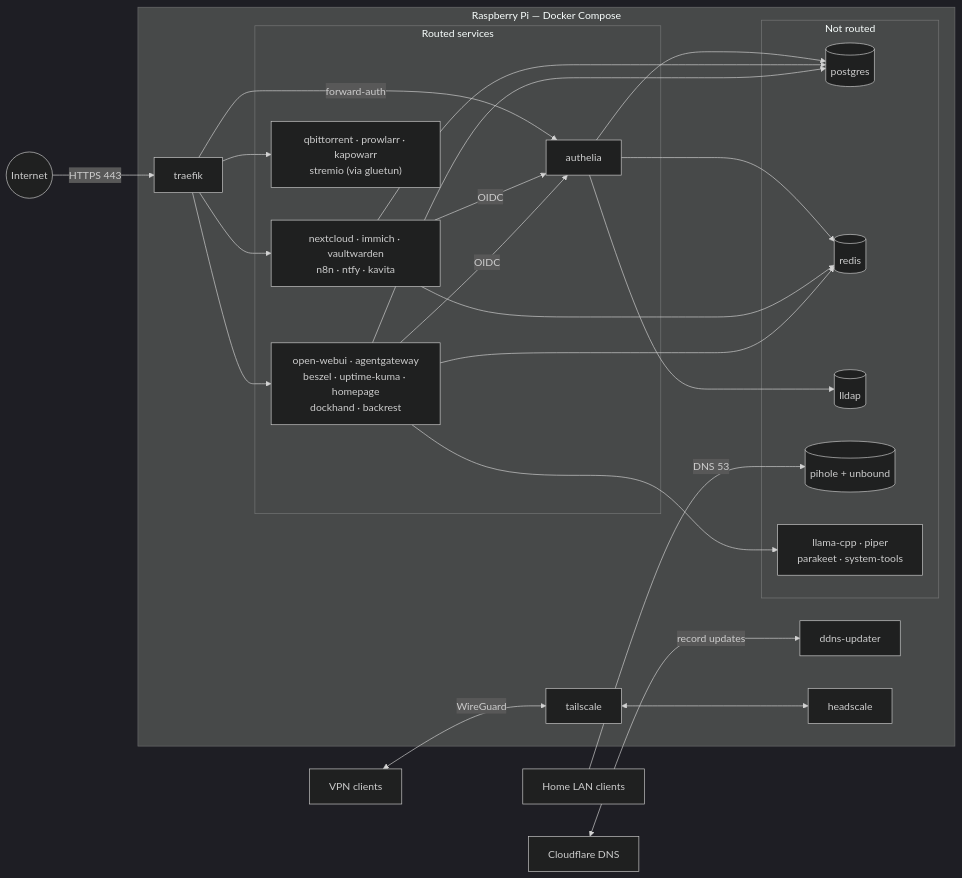
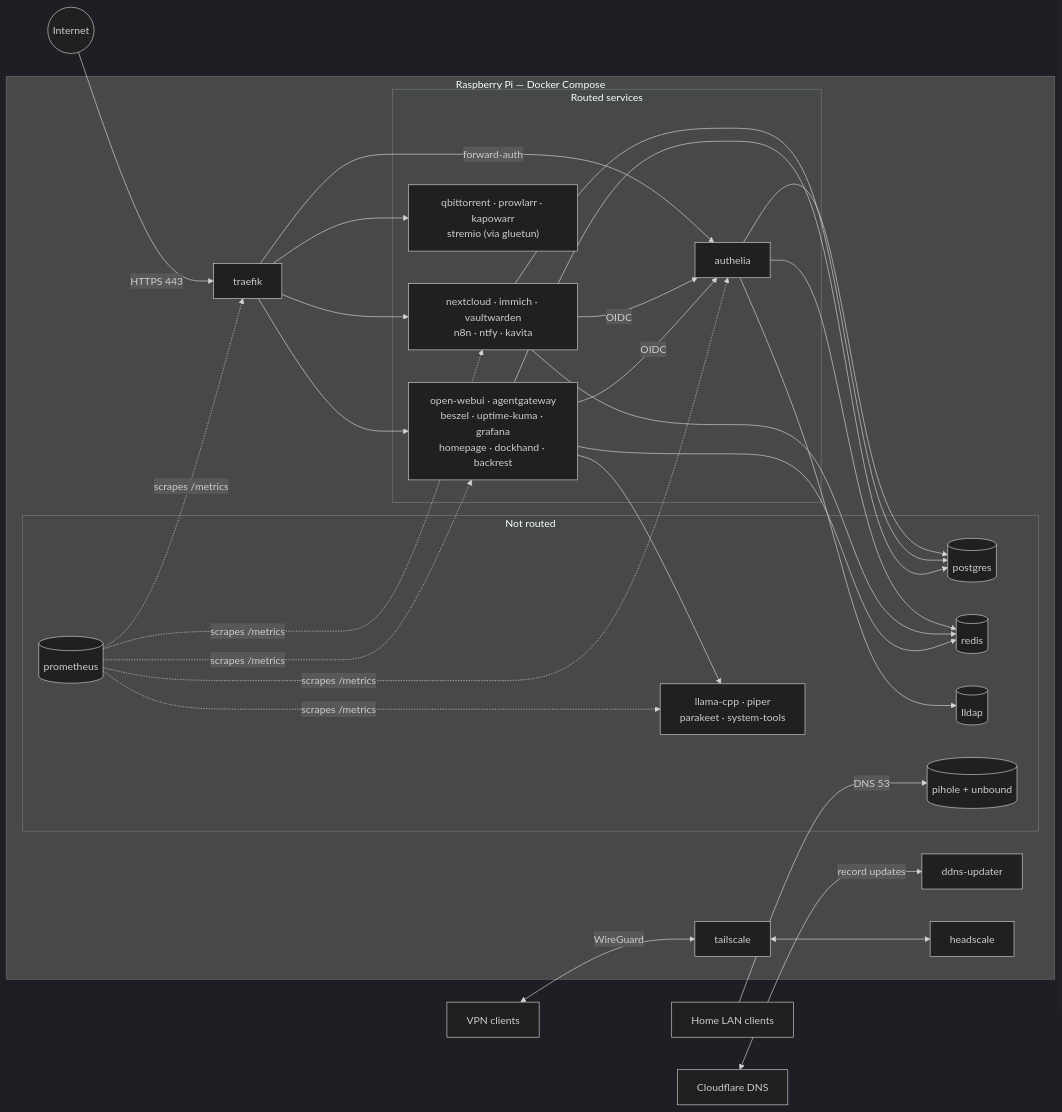
The first of 2 diagrams in docs/ARCHITECTURE.md (florianajir/pi-pcloud), drawn with Mermaid (dark theme) before and after one commit. The commit also changed other lines of this file and 18 other files, not shown here.

First line of the commit message:
feat(monitoring): add Prometheus and Grafana (#341)

````diff
--- a/docs/ARCHITECTURE.md
+++ b/docs/ARCHITECTURE.md
@@ -7,41 +7,43 @@
 ```mermaid
 flowchart LR
   Internet((Internet))
   Cloudflare[Cloudflare DNS]
   LAN[Home LAN clients]
   VPN[VPN clients]
 
   subgraph Pi["Raspberry Pi — Docker Compose"]
     DDNS[ddns-updater]
     Traefik[traefik]
     Tailscale[tailscale]
     Headscale[headscale]
 
     subgraph Apps["Routed services"]
       A1["nextcloud · immich · vaultwarden\nn8n · ntfy · kavita"]
       A2["qbittorrent · prowlarr · kapowarr\nstremio (via gluetun)"]
-      A3["open-webui · agentgateway\nbeszel · uptime-kuma · homepage\ndockhand · backrest"]
+      A3["open-webui · agentgateway\nbeszel · uptime-kuma · grafana\nhomepage · dockhand · backrest"]
       Authelia[authelia]
     end
 
     subgraph Internal["Not routed"]
       Postgres[(postgres)]
       Redis[(redis)]
       LLDAP[(lldap)]
       PiholeDNS[(pihole + unbound)]
       AI["llama-cpp · piper\nparakeet · system-tools"]
+      Prometheus[(prometheus)]
     end
   end
 
   Internet -->|HTTPS 443| Traefik
   Cloudflare <-->|record updates| DDNS
   Traefik --> A1 & A2 & A3
   Traefik -->|forward-auth| Authelia
   A1 & A3 -->|OIDC| Authelia
   Authelia --> LLDAP & Postgres & Redis
   A1 & A3 --> Postgres & Redis
   A3 --> AI
+  Prometheus -.->|scrapes /metrics| A1 & A3 & Traefik & Authelia & AI
   LAN -->|DNS 53| PiholeDNS
   VPN <-->|WireGuard| Tailscale
   Tailscale <--> Headscale
 ```
````
